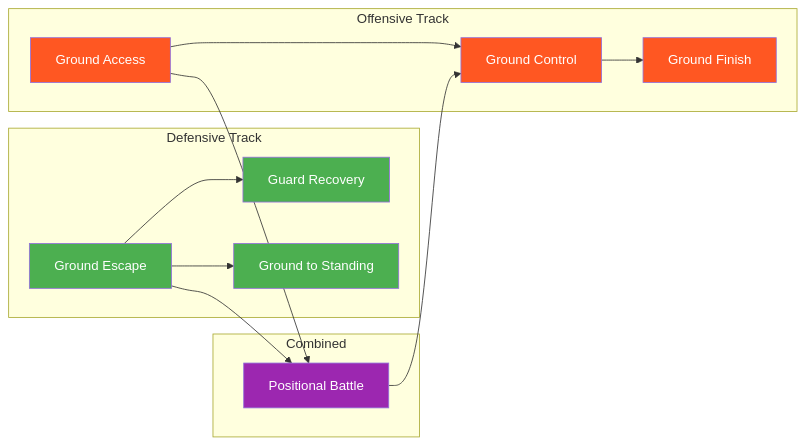
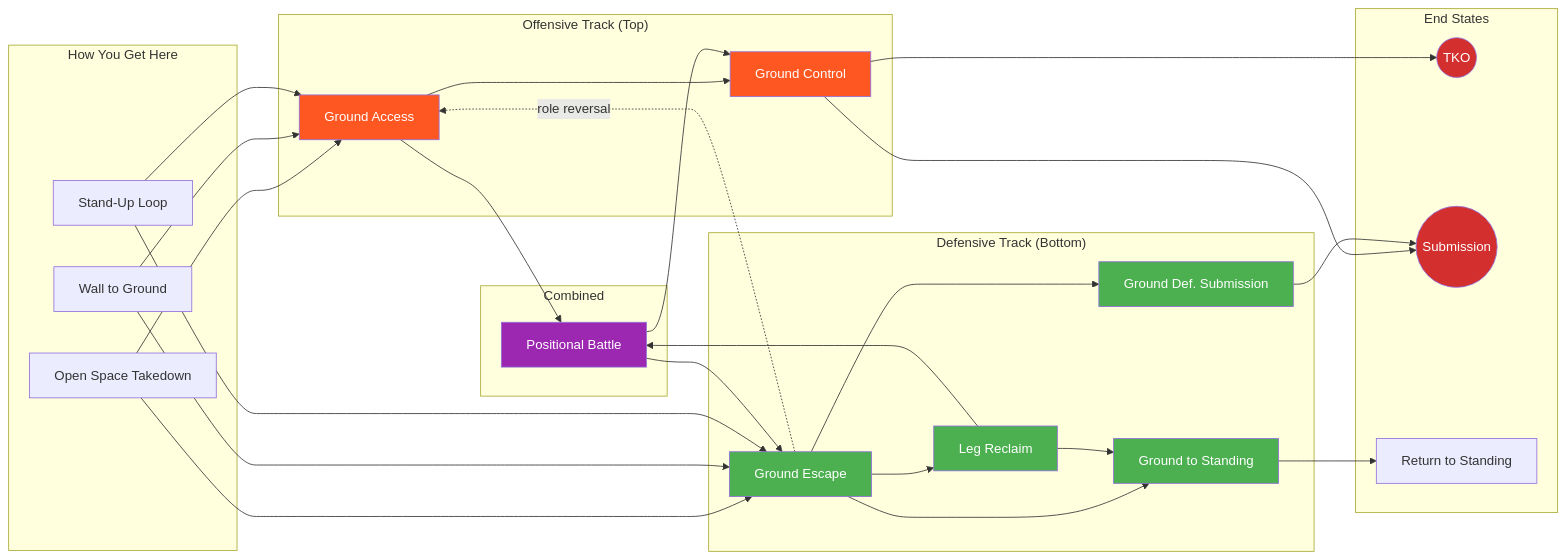
The seventh of 7 diagrams in docs/system/map.md (ACalienes/Ecological-MMA-Game-System), drawn with Mermaid before and after one commit. The commit also changed other lines of this file and 18 other files, not shown here.

````diff
--- a/docs/system/map.md
+++ b/docs/system/map.md
@@ -260,28 +447,64 @@
 ```mermaid
 flowchart LR
-    subgraph Offensive["Offensive Track"]
-        GA[Ground Access] --> GC[Ground Control]
-        GC --> GF[Ground Finish]
+    subgraph ENTRY["How You Get Here"]
+        OST[Open Space Takedown]
+        WG[Wall to Ground]
+        SUL[Stand-Up Loop]
     end
 
-    subgraph Defensive["Defensive Track"]
-        GE[Ground Escape] --> GR[Guard Recovery]
-        GE --> GTS[Ground to Standing]
+    subgraph OFFENSIVE["Offensive Track (Top)"]
+        GA[Ground Access]
+        GC[Ground Control]
     end
 
-    subgraph Combined["Combined"]
+    subgraph DEFENSIVE["Defensive Track (Bottom)"]
+        GE[Ground Escape]
+        LR[Leg Reclaim]
+        GTS[Ground to Standing]
+        GDS[Ground Def. Submission]
+    end
+
+    subgraph COMBINED["Combined"]
         PB[Positional Battle]
     end
 
+    subgraph FINISH["End States"]
+        TKO((TKO))
+        SUB((Submission))
+        STAND[Return to Standing]
+    end
+
+    OST --> GA
+    OST --> GE
+    WG --> GA
+    WG --> GE
+    SUL --> GA
+    SUL --> GE
+
+    GA --> GC
     GA --> PB
-    GE --> PB
+    GC --> TKO
+    GC --> SUB
+
+    GE --> LR
+    GE --> GTS
+    GE --> GDS
+    LR --> PB
+    LR --> GTS
+    GTS --> STAND
+    GDS --> SUB
+
     PB --> GC
+    PB --> GE
+    GE -.->|role reversal| GA
 
     style GA fill:#FF5722,color:#fff
     style GC fill:#FF5722,color:#fff
-    style GF fill:#FF5722,color:#fff
     style GE fill:#4CAF50,color:#fff
-    style GR fill:#4CAF50,color:#fff
+    style LR fill:#4CAF50,color:#fff
     style GTS fill:#4CAF50,color:#fff
+    style GDS fill:#4CAF50,color:#fff
     style PB fill:#9C27B0,color:#fff
+    style TKO fill:#D32F2F,color:#fff
+    style SUB fill:#D32F2F,color:#fff
 ```
````
